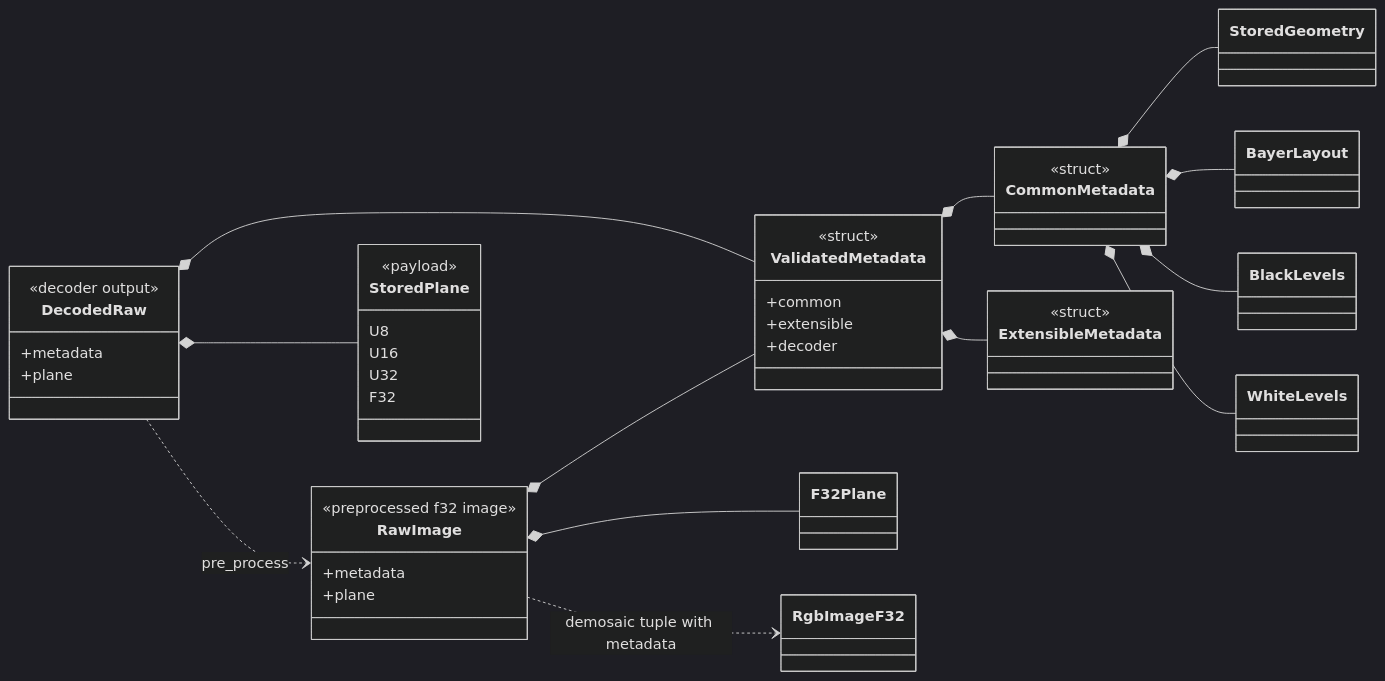
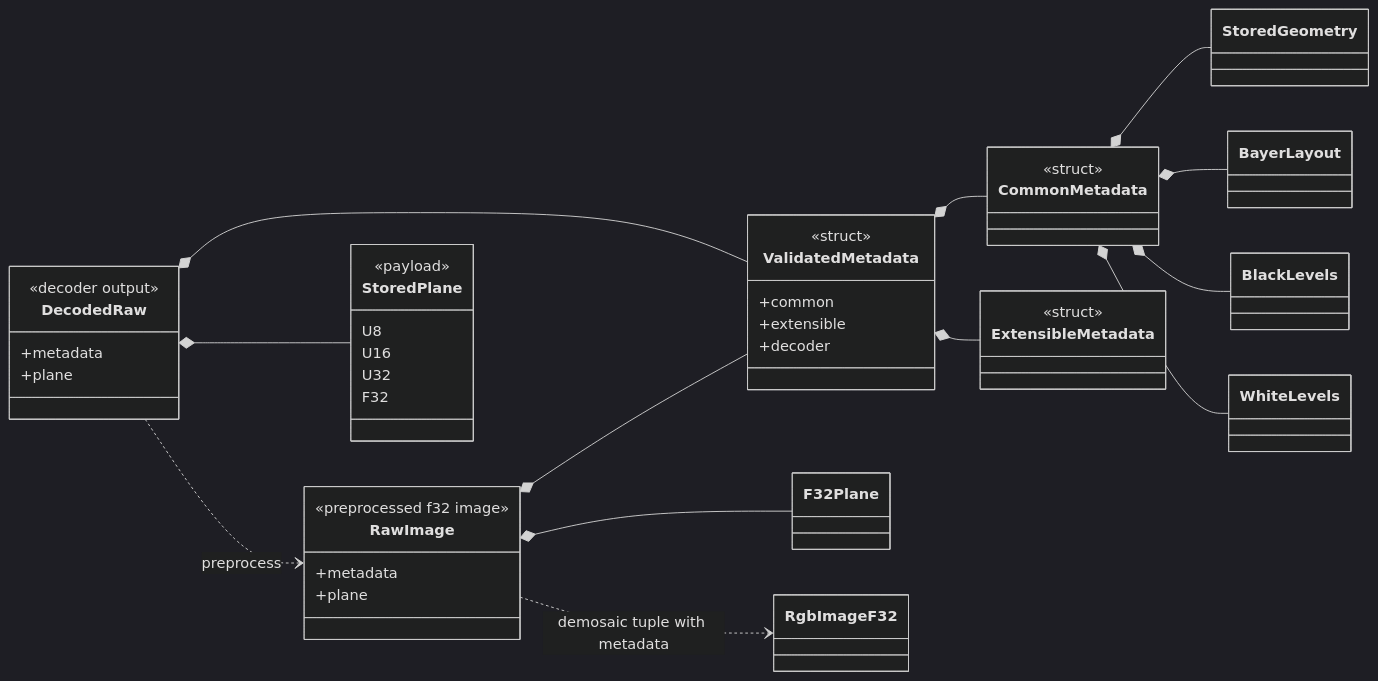
The diagram in docs/raw-pipeline/raw-image-struct.md (Glatzel/fornax), drawn with Mermaid (dark theme) before and after one commit. The commit also changed other lines of this file and 21 other files, not shown here.

````diff
--- a/docs/raw-pipeline/raw-image-struct.md
+++ b/docs/raw-pipeline/raw-image-struct.md
@@ -9,50 +9,50 @@
 ```mermaid
 classDiagram
     direction LR
     class DecodedRaw {
         <<decoder output>>
         +metadata
         +plane
     }
     class RawImage {
         <<preprocessed f32 image>>
         +metadata
         +plane
     }
     class ValidatedMetadata {
         <<struct>>
         +common
         +extensible
         +decoder
     }
     class CommonMetadata {
         <<struct>>
     }
     class ExtensibleMetadata {
         <<struct>>
     }
     class StoredGeometry
     class BayerLayout
     class BlackLevels
     class WhiteLevels
     class StoredPlane {
         <<payload>>
         U8
         U16
         U32
         F32
     }
 
     DecodedRaw *-- ValidatedMetadata
     DecodedRaw *-- StoredPlane
     RawImage *-- ValidatedMetadata
     RawImage *-- F32Plane
     ValidatedMetadata *-- CommonMetadata
     ValidatedMetadata *-- ExtensibleMetadata
     CommonMetadata *-- StoredGeometry
     CommonMetadata *-- BayerLayout
     CommonMetadata *-- BlackLevels
     CommonMetadata *-- WhiteLevels
-    DecodedRaw ..> RawImage : pre_process
+    DecodedRaw ..> RawImage : preprocess
     RawImage ..> RgbImageF32 : demosaic tuple with metadata
 ```
````
